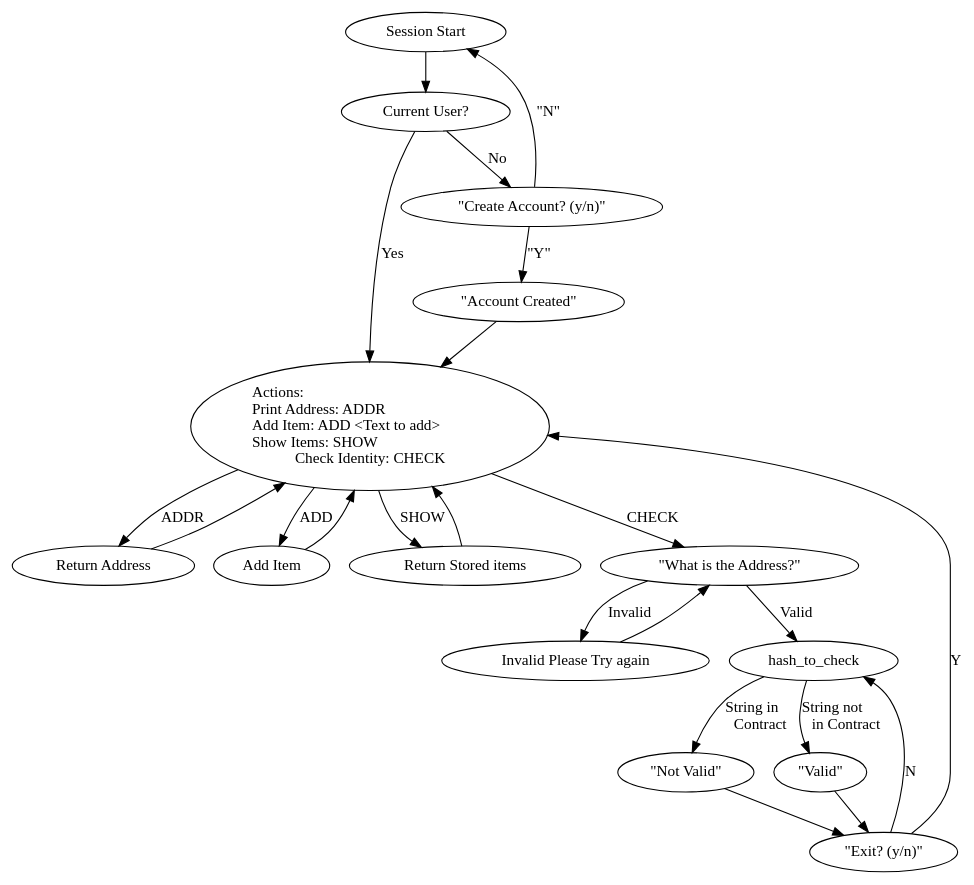
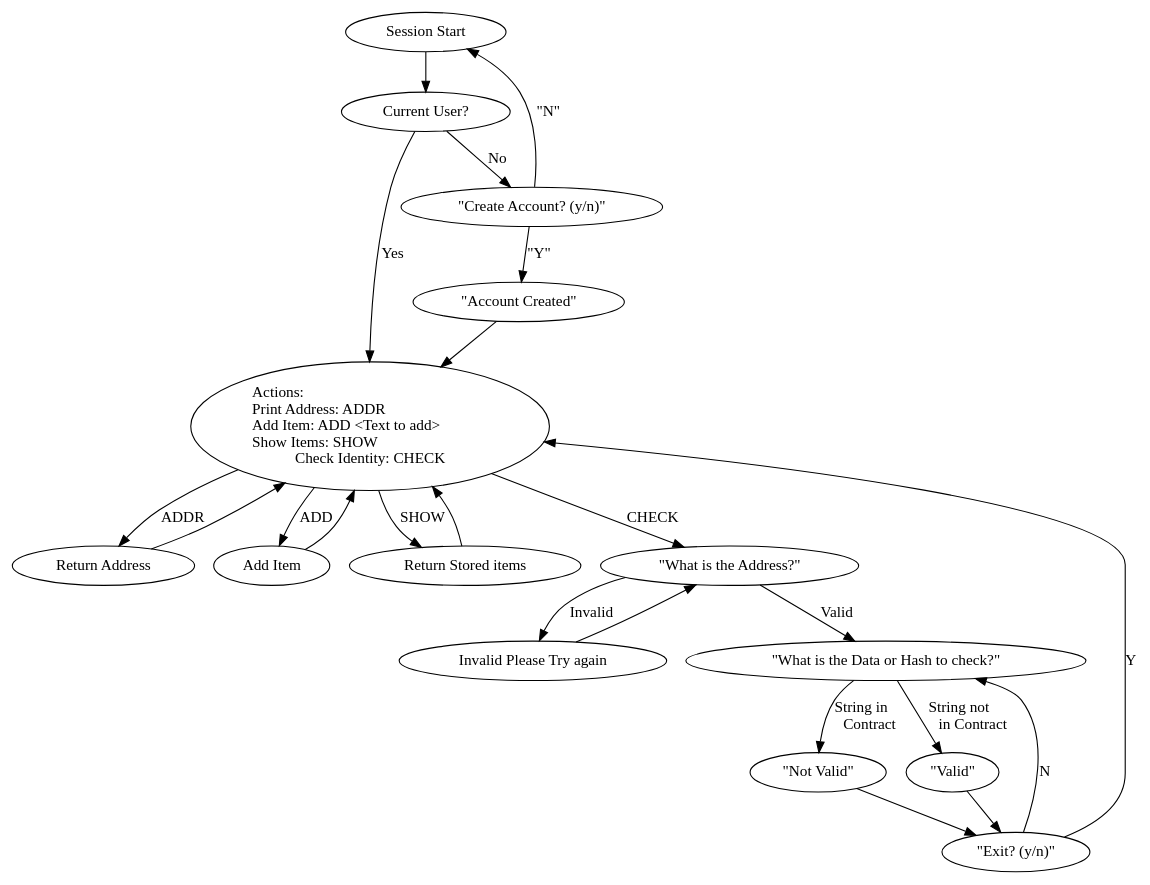
The diagram in Server/images/Flow-Control.dot (LiteID/LiteID-SimApp), drawn with Graphviz before and after one commit.

Commit message:
Re structured state diagram to corospond directly with server - and fixed daft mastake

```diff
--- a/Server/images/Flow-Control.dot
+++ b/Server/images/Flow-Control.dot
@@ -1,40 +1,40 @@
 digraph finite_state_machine {
 	Actions [label="Actions: \lPrint Address: ADDR\lAdd Item: ADD <Text to add>\lShow Items: SHOW\lCheck Identity: CHECK"];
 	s_start [label="Session Start"]
 	current_user [label="Current User?"]
 	create_account [label="\"Create Account? (y/n)\""]
 	account_created_conformation [label="\"Account Created\""]
 	show_public_address [label="Return Address"]
 	hash_and_add_item [label="Add Item"]
 	// This call will require more than one text back
 	return_stored_items [label="Return Stored items"]
 	what_is_the_address [label="\"What is the Address?\""]
 	invalid_data [label="Invalid Please Try again"]
-	hash_to_check [label=hash_to_check]
+	hash_to_check [label="\"What is the Data or Hash to check?\""]
 	invalid [label="\"Not Valid\""]
 	valid [label="\"Valid\""]
 	exit_prompt [label="\"Exit? (y/n)\""]
 	account_created_conformation -> Actions
 	Actions -> hash_and_add_item [label="ADD"]
 	Actions -> return_stored_items [label="SHOW"]
 	Actions -> show_public_address [label="ADDR"]
 	Actions -> what_is_the_address [label="CHECK"]
 	create_account -> account_created_conformation [label="\"Y\""]
 	create_account -> s_start [label="\"N\""]
 	current_user -> Actions [label="Yes"]
 	current_user -> create_account [label="No"]
 	exit_prompt -> Actions [label="Y"]
 	exit_prompt -> hash_to_check [label="N"]
 	hash_and_add_item -> Actions
 	hash_to_check -> invalid [label="String in\lContract"]
 	hash_to_check -> valid [label="String not\lin Contract"]
 	invalid -> exit_prompt
 	invalid_data -> what_is_the_address
 	return_stored_items -> Actions
 	s_start -> Actions [style=invis]
 	s_start -> current_user
 	show_public_address -> Actions
 	valid -> exit_prompt
 	what_is_the_address -> hash_to_check [label="Valid"]
 	what_is_the_address-> invalid_data [label="Invalid"]
 }
```
